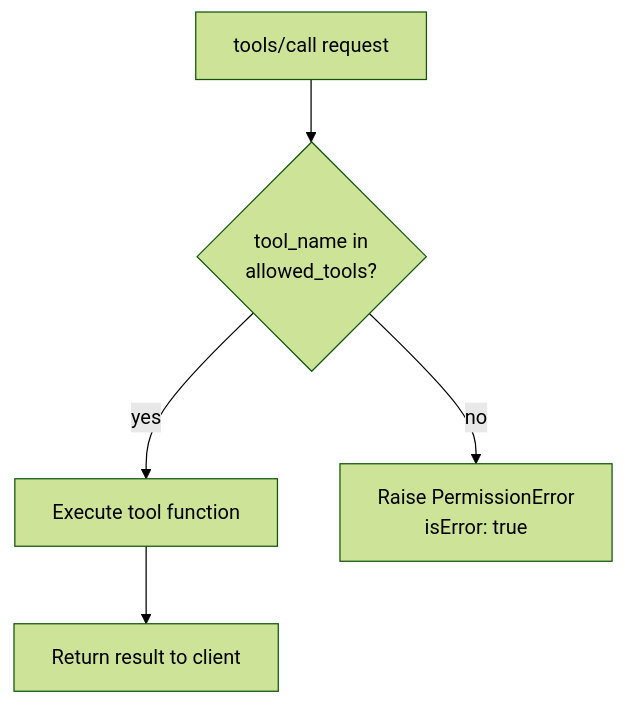
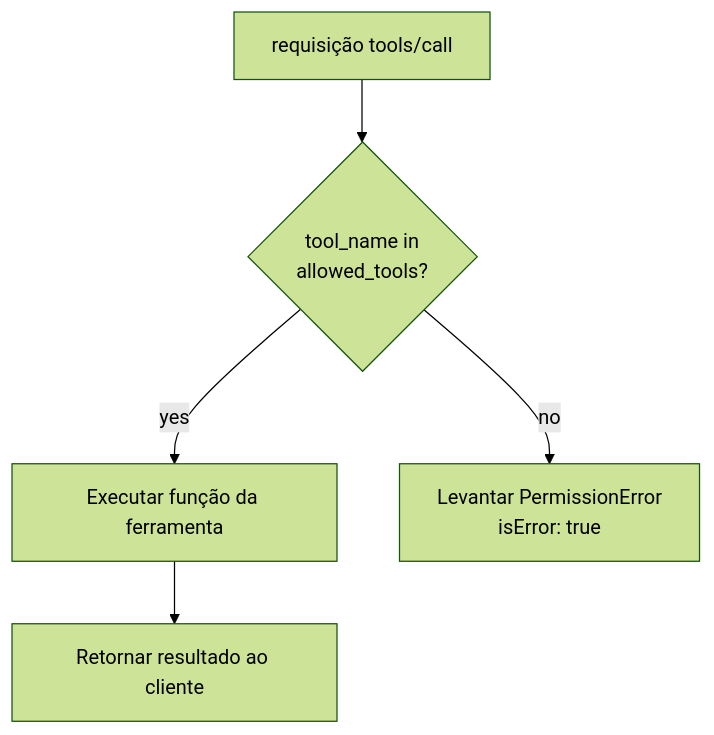
Before and after one commit to jrhumberto/fastmcp-public-service: the fifth of 8 diagrams in README.md, drawn with Mermaid (forest theme). The commit also changed other lines of this file, not shown here.

````diff
--- a/README.md
+++ b/README.md
@@ -242,12 +289,12 @@
 ```mermaid
 flowchart TD
-    Invoke["tools/call request"]
+    Invoke["requisição tools/call"]
     Check{"tool_name in<br/>allowed_tools?"}
-    Permit["Execute tool function"]
-    Block["Raise PermissionError<br/>isError: true"]
-    Result["Return result to client"]
+    Permit["Executar função da ferramenta"]
+    Block["Levantar PermissionError<br/>isError: true"]
+    Result["Retornar resultado ao cliente"]
 
     Invoke --> Check
     Check -->|yes| Permit --> Result
     Check -->|no| Block
 ```
````
